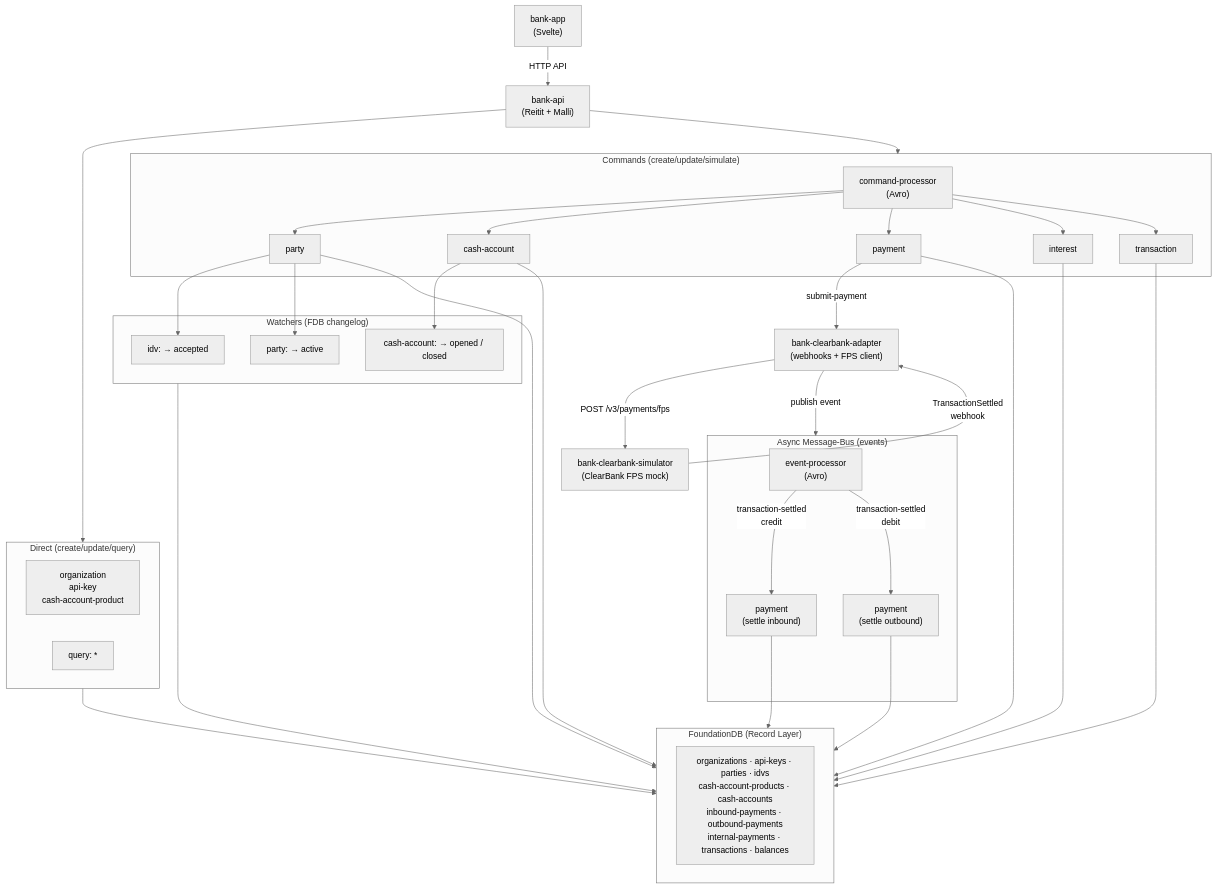
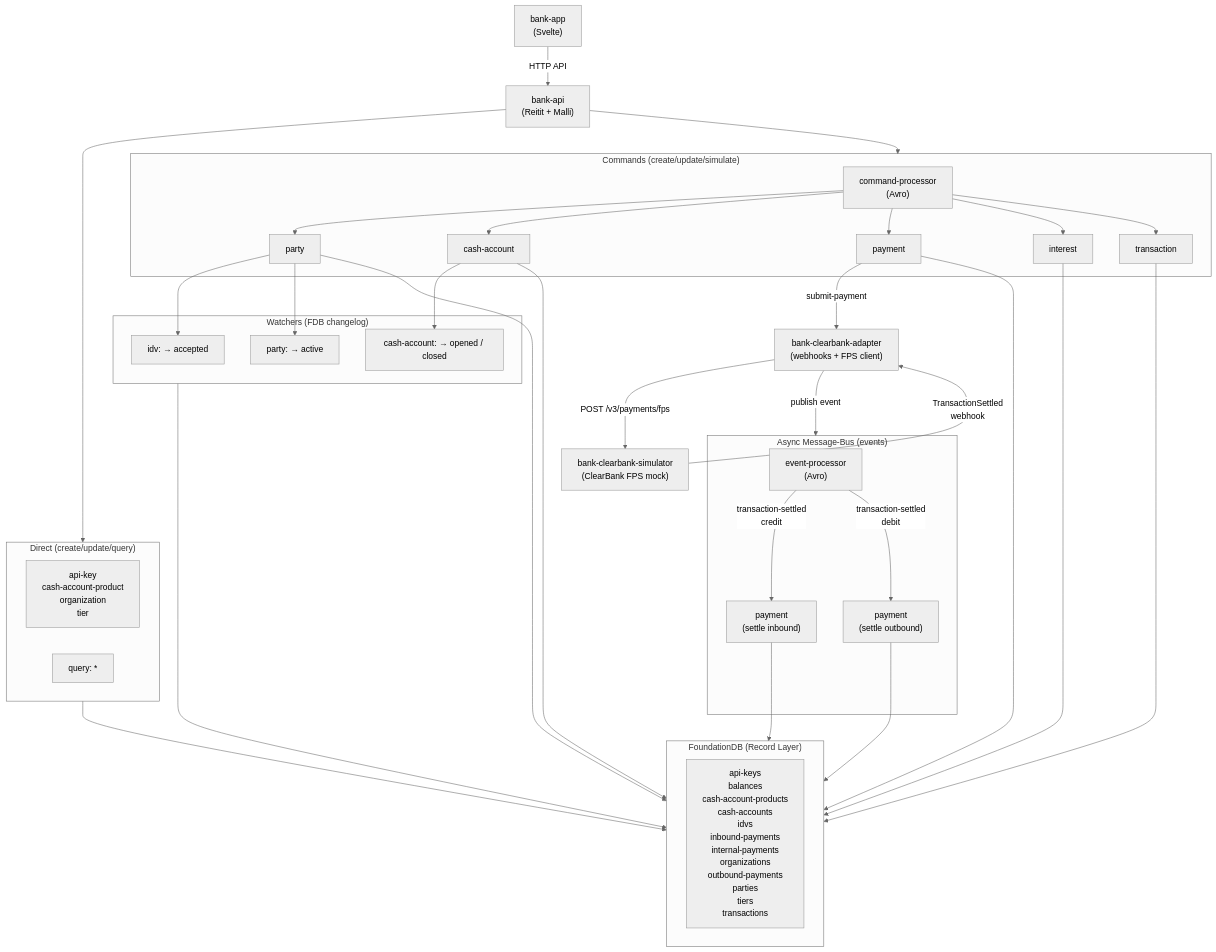
The diagram in readme.md (kjothen/queenswood), drawn with Mermaid (neutral theme) before and after one commit. The commit also changed other lines of this file, not shown here.

First line of the commit message:
Update README for bank-tier component (#9)

````diff
--- a/readme.md
+++ b/readme.md
@@ -25,60 +25,60 @@
 ```mermaid
 graph TD
     APP["bank-app<br/>(Svelte)"]
     API["bank-api<br/>(Reitit + Malli)"]
     SIM["bank-clearbank-simulator<br/>(ClearBank FPS mock)"]
     ADAPTER["bank-clearbank-adapter<br/>(webhooks + FPS client)"]
     APP -->|HTTP API| API
 
     subgraph sync ["Direct (create/update/query)"]
-        SYNC_CU["organization<br/>api-key<br/>cash-account-product"]
+        SYNC_CU["api-key<br/>cash-account-product<br/>organization<br/>tier"]
         SYNC_Q["query: *"]
     end
 
     subgraph async ["Commands (create/update/simulate)"]
         CP["command-processor<br/>(Avro)"]
         CP --> PARTY[party]
         CP --> CASH[cash-account]
         CP --> PAY[payment]
         CP --> INT[interest]
         CP --> TXN[transaction]
     end
 
     subgraph events ["Async Message-Bus (events)"]
         EP["event-processor<br/>(Avro)"]
         EP -->|transaction-settled<br/>credit| PAY_IN["payment<br/>(settle inbound)"]
         EP -->|transaction-settled<br/>debit| PAY_OUT["payment<br/>(settle outbound)"]
     end
 
     API --> sync
     API --> async
 
     PAY -->|submit-payment| ADAPTER
     ADAPTER -->|POST /v3/payments/fps| SIM
     SIM -->|TransactionSettled<br/>webhook| ADAPTER
     ADAPTER -->|publish event| events
 
     subgraph watchers ["Watchers (FDB changelog)"]
         W1["idv: → accepted"]
         W2["party: → active"]
         W3["cash-account: → opened / closed"]
     end
 
     PARTY --> W1
     PARTY --> W2
     CASH --> W3
 
     subgraph fdb ["FoundationDB (Record Layer)"]
-        STORES["organizations · api-keys · parties · idvs<br/>cash-account-products · cash-accounts<br/>inbound-payments · outbound-payments<br/>internal-payments · transactions · balances"]
+        STORES["api-keys<br/>balances<br/>cash-account-products<br/>cash-accounts<br/>idvs<br/>inbound-payments<br/>internal-payments<br/>organizations<br/>outbound-payments<br/>parties<br/>tiers<br/>transactions"]
     end
 
     sync --> fdb
     watchers --> fdb
     PARTY --> fdb
     CASH --> fdb
     PAY --> fdb
     PAY_IN --> fdb
     PAY_OUT --> fdb
     INT --> fdb
     TXN --> fdb
 ```
````
